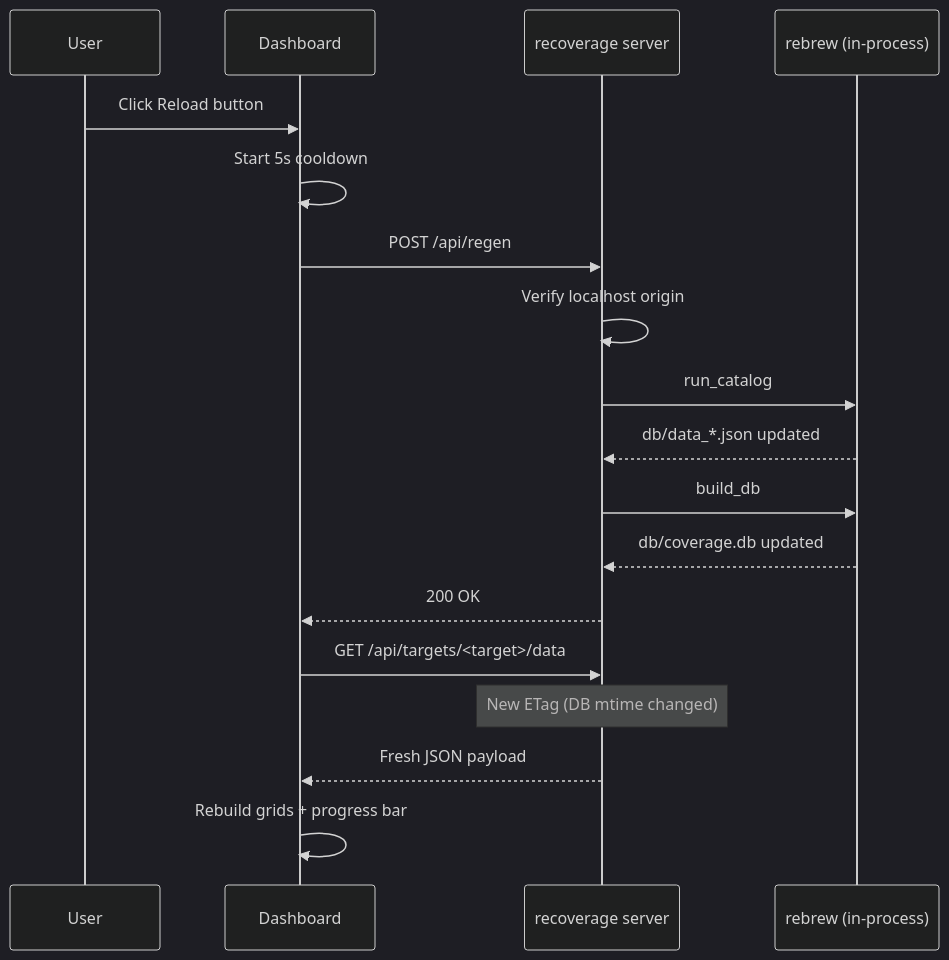
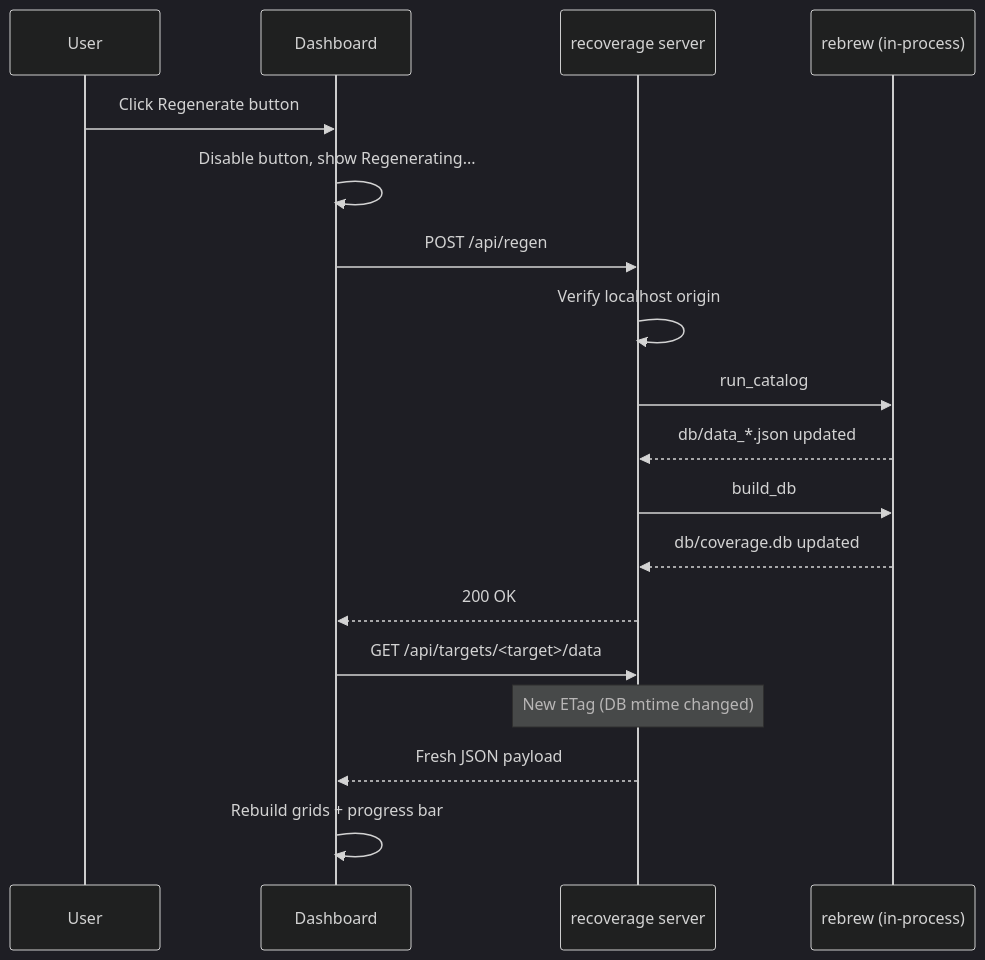
Diagram 11 of 18 in docs/USER_STORIES.md (maci0/recoverage), drawn with Mermaid (dark theme) before and after one commit. The commit also changed other lines of this file and 9 other files, not shown here.

````diff
--- a/docs/USER_STORIES.md
+++ b/docs/USER_STORIES.md
@@ -352,23 +353,23 @@
 ```mermaid
 sequenceDiagram
     participant U as User
     participant UI as Dashboard
     participant Server as recoverage server
     participant Rebrew as rebrew (in-process)
 
-    U->>UI: Click Reload button
-    UI->>UI: Start 5s cooldown
+    U->>UI: Click Regenerate button
+    UI->>UI: Disable button, show Regenerating...
     UI->>Server: POST /api/regen
     Server->>Server: Verify localhost origin
 
     Server->>Rebrew: run_catalog
     Rebrew-->>Server: db/data_*.json updated
     Server->>Rebrew: build_db
     Rebrew-->>Server: db/coverage.db updated
 
     Server-->>UI: 200 OK
     UI->>Server: GET /api/targets/<target>/data
     Note over Server: New ETag (DB mtime changed)
     Server-->>UI: Fresh JSON payload
     UI->>UI: Rebuild grids + progress bar
 ```
````
